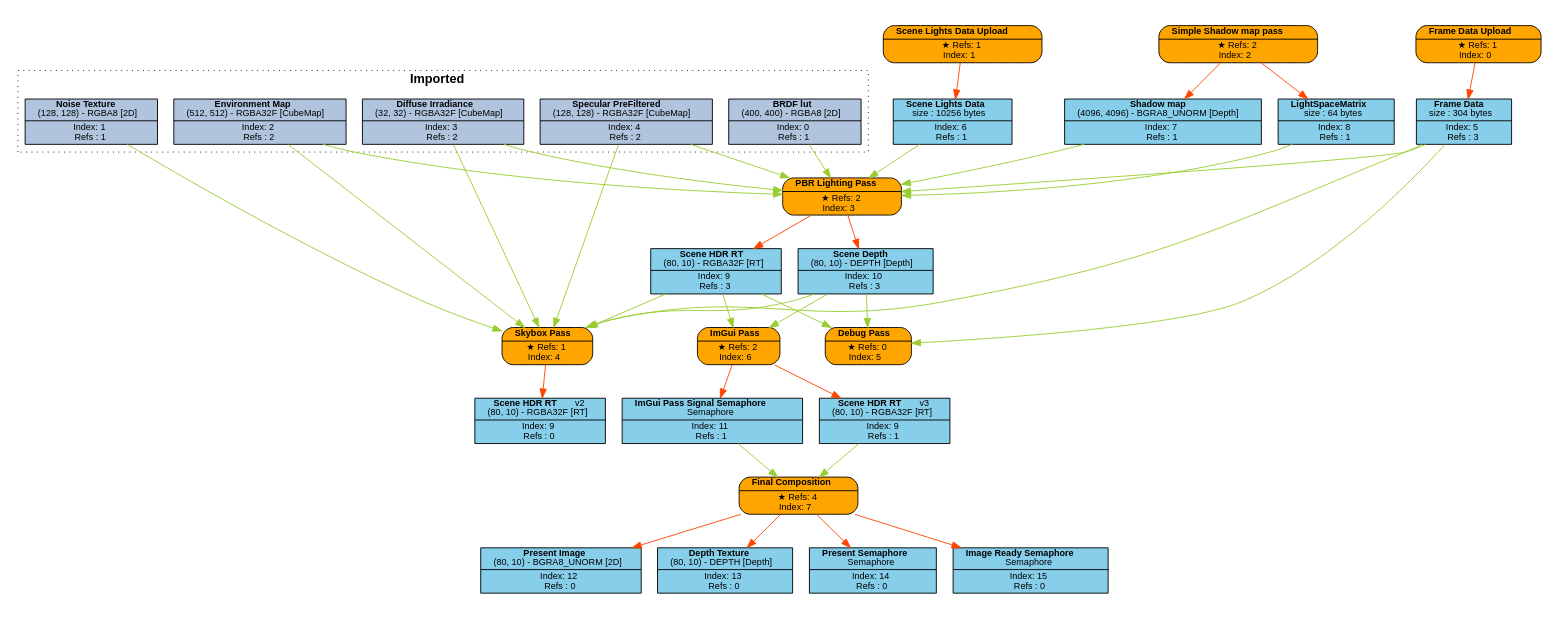
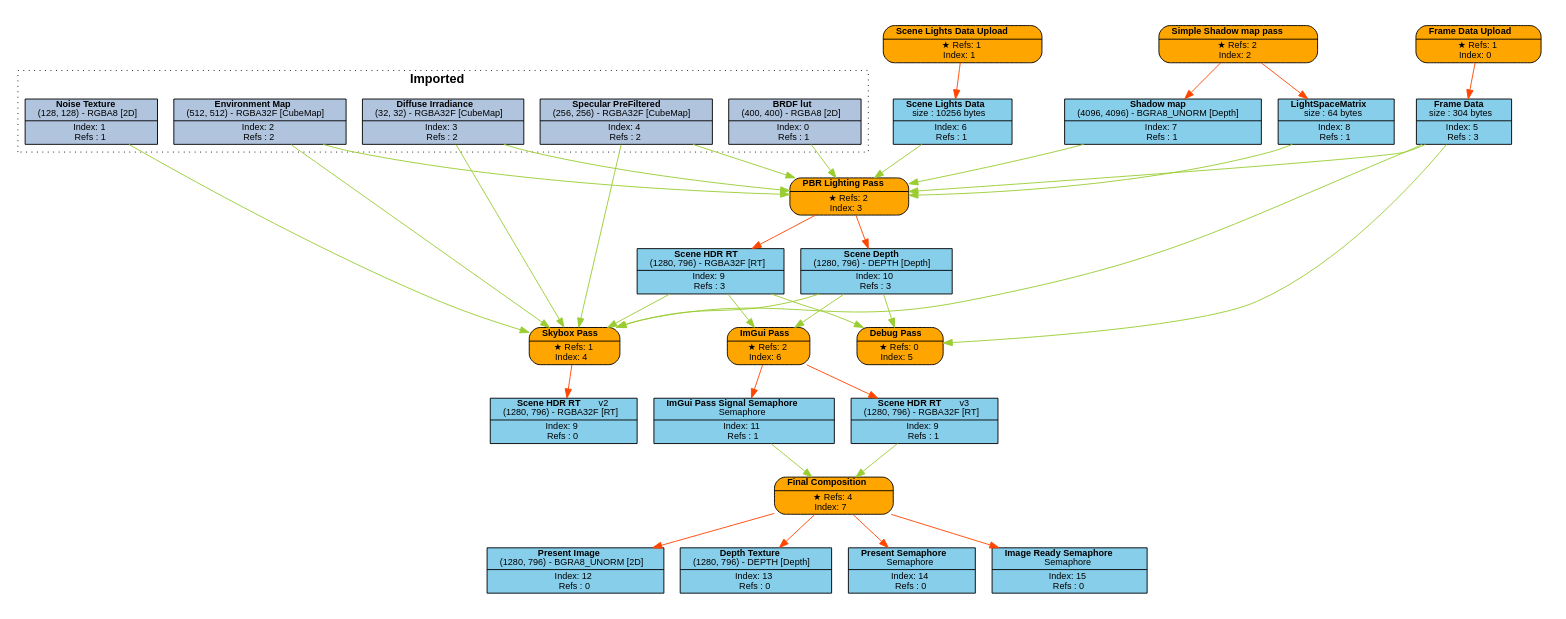
Before and after one commit to Pikachuxxxx/Razix: the diagram in Engine/content/FrameGraphs/pbr_lighting_test.dot, drawn with Graphviz. The commit also changed 5359 other files, not shown here.

```diff
--- a/Engine/content/FrameGraphs/pbr_lighting_test.dot
+++ b/Engine/content/FrameGraphs/pbr_lighting_test.dot
@@ -1,91 +1,91 @@
 digraph FrameGraph {
 graph [style=invis, rankdir="TB" ordering=out, splines=spline]
 node [shape=record, fontname="helvetica", fontsize=10, margin="0.2,0.03"]
 
 P0 [label=<{ {<B>Frame Data Upload</B>} | {&#x2605; Refs: 1<BR/> Index: 0} }> style="rounded,filled", fillcolor=orange]
 P1 [label=<{ {<B>Scene Lights Data Upload</B>} | {&#x2605; Refs: 1<BR/> Index: 1} }> style="rounded,filled", fillcolor=orange]
 P2 [label=<{ {<B>Simple Shadow map pass</B>} | {&#x2605; Refs: 2<BR/> Index: 2} }> style="rounded,filled", fillcolor=orange]
 P3 [label=<{ {<B>PBR Lighting Pass</B>} | {&#x2605; Refs: 2<BR/> Index: 3} }> style="rounded,filled", fillcolor=orange]
 P4 [label=<{ {<B>Skybox Pass</B>} | {&#x2605; Refs: 1<BR/> Index: 4} }> style="rounded,filled", fillcolor=orange]
 P5 [label=<{ {<B>Debug Pass</B>} | {&#x2605; Refs: 0<BR/> Index: 5} }> style="rounded,filled", fillcolor=orange]
 P6 [label=<{ {<B>ImGui Pass</B>} | {&#x2605; Refs: 2<BR/> Index: 6} }> style="rounded,filled", fillcolor=orange]
 P7 [label=<{ {<B>Final Composition</B>} | {&#x2605; Refs: 4<BR/> Index: 7} }> style="rounded,filled", fillcolor=orange]
 
 R0_1 [label=<{ {<B>BRDF lut</B><BR/>(400, 400) - RGBA8 [2D]} | {Index: 0<BR/>Refs : 1} }> style=filled, fillcolor=lightsteelblue]
 R1_1 [label=<{ {<B>Noise Texture</B><BR/>(128, 128) - RGBA8 [2D]} | {Index: 1<BR/>Refs : 1} }> style=filled, fillcolor=lightsteelblue]
 R2_1 [label=<{ {<B>Environment Map</B><BR/>(512, 512) - RGBA32F [CubeMap]} | {Index: 2<BR/>Refs : 2} }> style=filled, fillcolor=lightsteelblue]
 R3_1 [label=<{ {<B>Diffuse Irradiance</B><BR/>(32, 32) - RGBA32F [CubeMap]} | {Index: 3<BR/>Refs : 2} }> style=filled, fillcolor=lightsteelblue]
-R4_1 [label=<{ {<B>Specular PreFiltered</B><BR/>(128, 128) - RGBA32F [CubeMap]} | {Index: 4<BR/>Refs : 2} }> style=filled, fillcolor=lightsteelblue]
+R4_1 [label=<{ {<B>Specular PreFiltered</B><BR/>(256, 256) - RGBA32F [CubeMap]} | {Index: 4<BR/>Refs : 2} }> style=filled, fillcolor=lightsteelblue]
 R5_1 [label=<{ {<B>Frame Data</B><BR/>size : 304 bytes} | {Index: 5<BR/>Refs : 3} }> style=filled, fillcolor=skyblue]
 R6_1 [label=<{ {<B>Scene Lights Data</B><BR/>size : 10256 bytes} | {Index: 6<BR/>Refs : 1} }> style=filled, fillcolor=skyblue]
 R7_1 [label=<{ {<B>Shadow map</B><BR/>(4096, 4096) - BGRA8_UNORM [Depth]} | {Index: 7<BR/>Refs : 1} }> style=filled, fillcolor=skyblue]
 R8_1 [label=<{ {<B>LightSpaceMatrix</B><BR/>size : 64 bytes} | {Index: 8<BR/>Refs : 1} }> style=filled, fillcolor=skyblue]
-R9_1 [label=<{ {<B>Scene HDR RT</B><BR/>(80, 10) - RGBA32F [RT]} | {Index: 9<BR/>Refs : 3} }> style=filled, fillcolor=skyblue]
-R10_1 [label=<{ {<B>Scene Depth</B><BR/>(80, 10) - DEPTH [Depth]} | {Index: 10<BR/>Refs : 3} }> style=filled, fillcolor=skyblue]
-R9_2 [label=<{ {<B>Scene HDR RT</B>   <FONT>v2</FONT><BR/>(80, 10) - RGBA32F [RT]} | {Index: 9<BR/>Refs : 0} }> style=filled, fillcolor=skyblue]
+R9_1 [label=<{ {<B>Scene HDR RT</B><BR/>(1280, 796) - RGBA32F [RT]} | {Index: 9<BR/>Refs : 3} }> style=filled, fillcolor=skyblue]
+R10_1 [label=<{ {<B>Scene Depth</B><BR/>(1280, 796) - DEPTH [Depth]} | {Index: 10<BR/>Refs : 3} }> style=filled, fillcolor=skyblue]
+R9_2 [label=<{ {<B>Scene HDR RT</B>   <FONT>v2</FONT><BR/>(1280, 796) - RGBA32F [RT]} | {Index: 9<BR/>Refs : 0} }> style=filled, fillcolor=skyblue]
 R11_1 [label=<{ {<B>ImGui Pass Signal Semaphore</B><BR/>Semaphore} | {Index: 11<BR/>Refs : 1} }> style=filled, fillcolor=skyblue]
-R9_3 [label=<{ {<B>Scene HDR RT</B>   <FONT>v3</FONT><BR/>(80, 10) - RGBA32F [RT]} | {Index: 9<BR/>Refs : 1} }> style=filled, fillcolor=skyblue]
-R12_1 [label=<{ {<B>Present Image</B><BR/>(80, 10) - BGRA8_UNORM [2D]} | {Index: 12<BR/>Refs : 0} }> style=filled, fillcolor=skyblue]
-R13_1 [label=<{ {<B>Depth Texture</B><BR/>(80, 10) - DEPTH [Depth]} | {Index: 13<BR/>Refs : 0} }> style=filled, fillcolor=skyblue]
+R9_3 [label=<{ {<B>Scene HDR RT</B>   <FONT>v3</FONT><BR/>(1280, 796) - RGBA32F [RT]} | {Index: 9<BR/>Refs : 1} }> style=filled, fillcolor=skyblue]
+R12_1 [label=<{ {<B>Present Image</B><BR/>(1280, 796) - BGRA8_UNORM [2D]} | {Index: 12<BR/>Refs : 0} }> style=filled, fillcolor=skyblue]
+R13_1 [label=<{ {<B>Depth Texture</B><BR/>(1280, 796) - DEPTH [Depth]} | {Index: 13<BR/>Refs : 0} }> style=filled, fillcolor=skyblue]
 R14_1 [label=<{ {<B>Present Semaphore</B><BR/>Semaphore} | {Index: 14<BR/>Refs : 0} }> style=filled, fillcolor=skyblue]
 R15_1 [label=<{ {<B>Image Ready Semaphore</B><BR/>Semaphore} | {Index: 15<BR/>Refs : 0} }> style=filled, fillcolor=skyblue]
 
 P0 -> { R5_1 } [color=orangered]
 P1 -> { R6_1 } [color=orangered]
 P2 -> { R7_1 R8_1 } [color=orangered]
 P3 -> { R9_1 R10_1 } [color=orangered]
 P4 -> { R9_2 } [color=orangered]
 P5 -> { } [color=orangered]
 P6 -> { R9_3 R11_1 } [color=orangered]
 P7 -> { R12_1 R13_1 R14_1 R15_1 } [color=orangered]
 
 R0_1 -> { P3 } [color=olivedrab3]
 R1_1 -> { P4 } [color=olivedrab3]
 R2_1 -> { P3 P4 } [color=olivedrab3]
 R3_1 -> { P3 P4 } [color=olivedrab3]
 R4_1 -> { P3 P4 } [color=olivedrab3]
 R5_1 -> { P3 P4 P5 } [color=olivedrab3]
 R6_1 -> { P3 } [color=olivedrab3]
 R7_1 -> { P3 } [color=olivedrab3]
 R8_1 -> { P3 } [color=olivedrab3]
 R9_1 -> { P4 P5 P6 } [color=olivedrab3]
 R10_1 -> { P4 P5 P6 } [color=olivedrab3]
 R9_2 -> { } [color=olivedrab3]
 R11_1 -> { P7 } [color=olivedrab3]
 R9_3 -> { P7 } [color=olivedrab3]
 R12_1 -> { } [color=olivedrab3]
 R13_1 -> { } [color=olivedrab3]
 R14_1 -> { } [color=olivedrab3]
 R15_1 -> { } [color=olivedrab3]
 
 subgraph cluster_0 {
 P0 R5_1 
 }
 subgraph cluster_1 {
 P1 R6_1 
 }
 subgraph cluster_2 {
 P2 R7_1 R8_1 
 }
 subgraph cluster_3 {
 P3 R9_1 R10_1 
 }
 subgraph cluster_4 {
 P4 
 }
 subgraph cluster_5 {
 P5 
 }
 subgraph cluster_6 {
 P6 R11_1 
 }
 subgraph cluster_7 {
 P7 R12_1 R13_1 R14_1 R15_1 
 }
 
 subgraph cluster_imported_resources {
 graph [style=dotted, fontname="helvetica", label=< <B>Imported</B> >]
 R0_1 R1_1 R2_1 R3_1 R4_1 
 }
 
 }
```
